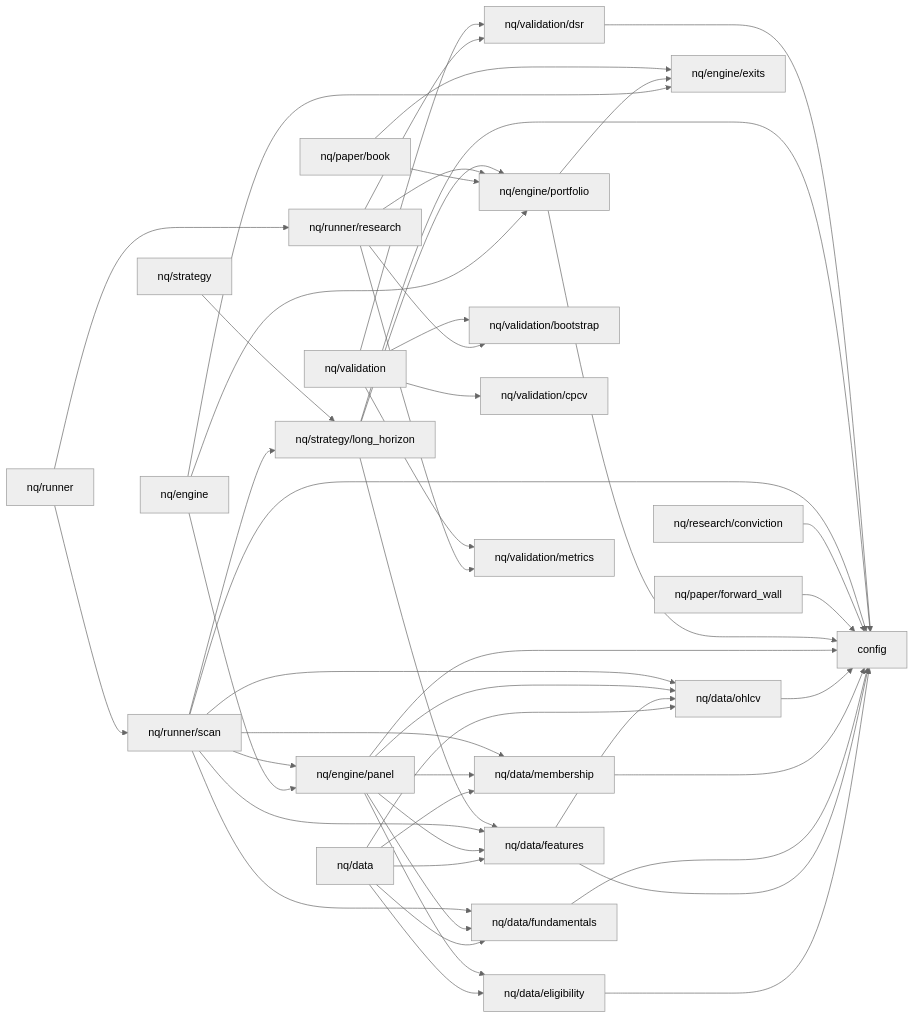
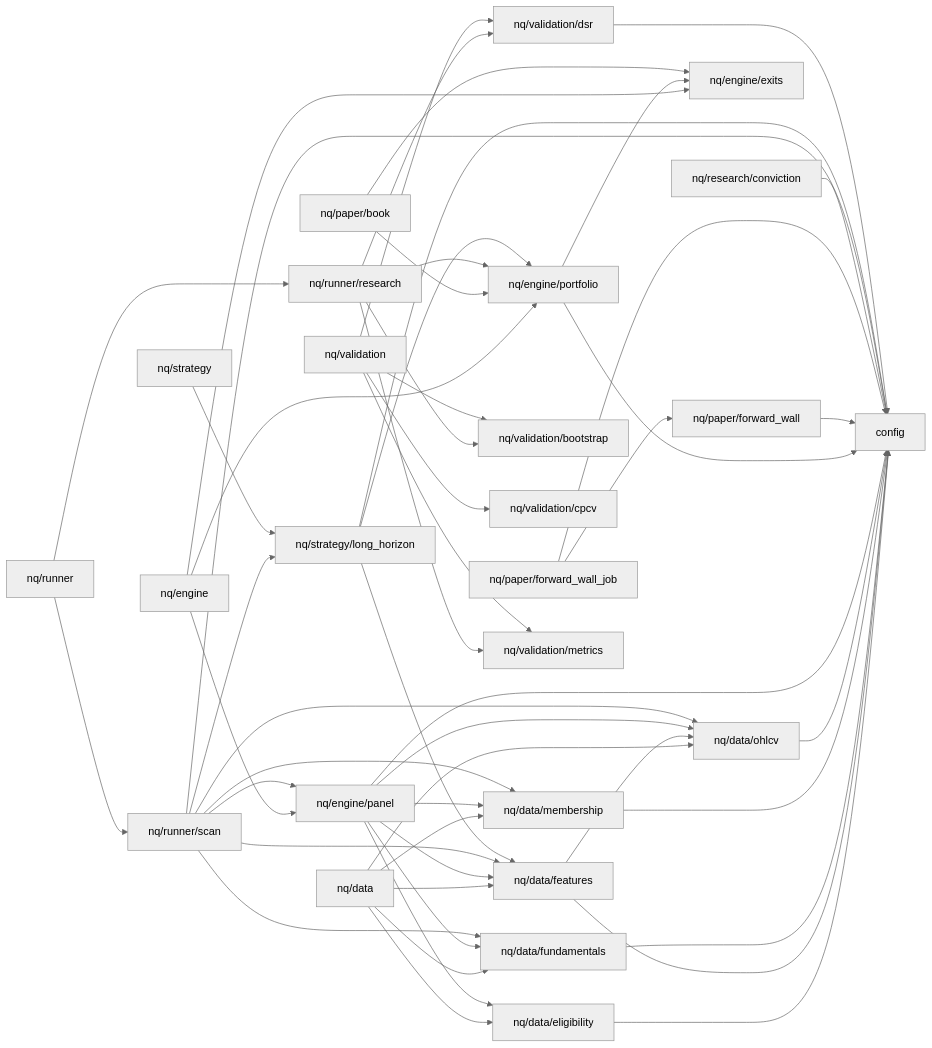
One commit to kreeshpatel/nifty-satvik changed the diagram in docs/DEPENDENCY_MAP.md. Above: the diagram before and after it, drawn with Mermaid (neutral theme). The commit also changed 5 other files, not shown here.

````diff
--- a/docs/DEPENDENCY_MAP.md
+++ b/docs/DEPENDENCY_MAP.md
@@ -9,75 +9,78 @@
 ```mermaid
 flowchart LR
     config["config"]
     nq_data["nq/data"]
     nq_data_eligibility["nq/data/eligibility"]
     nq_data_features["nq/data/features"]
     nq_data_fundamentals["nq/data/fundamentals"]
     nq_data_membership["nq/data/membership"]
     nq_data_ohlcv["nq/data/ohlcv"]
     nq_engine["nq/engine"]
     nq_engine_exits["nq/engine/exits"]
     nq_engine_panel["nq/engine/panel"]
     nq_engine_portfolio["nq/engine/portfolio"]
     nq_paper_book["nq/paper/book"]
     nq_paper_forward_wall["nq/paper/forward_wall"]
+    nq_paper_forward_wall_job["nq/paper/forward_wall_job"]
     nq_research_conviction["nq/research/conviction"]
     nq_runner["nq/runner"]
     nq_runner_research["nq/runner/research"]
     nq_runner_scan["nq/runner/scan"]
     nq_strategy["nq/strategy"]
     nq_strategy_long_horizon["nq/strategy/long_horizon"]
     nq_validation["nq/validation"]
     nq_validation_bootstrap["nq/validation/bootstrap"]
     nq_validation_cpcv["nq/validation/cpcv"]
     nq_validation_dsr["nq/validation/dsr"]
     nq_validation_metrics["nq/validation/metrics"]
     nq_data --> nq_data_eligibility
     nq_data --> nq_data_features
     nq_data --> nq_data_fundamentals
     nq_data --> nq_data_membership
     nq_data --> nq_data_ohlcv
     nq_data_eligibility --> config
     nq_data_features --> config
     nq_data_features --> nq_data_ohlcv
     nq_data_fundamentals --> config
     nq_data_membership --> config
     nq_data_ohlcv --> config
     nq_engine --> nq_engine_exits
     nq_engine --> nq_engine_panel
     nq_engine --> nq_engine_portfolio
     nq_engine_panel --> config
     nq_engine_panel --> nq_data_eligibility
     nq_engine_panel --> nq_data_features
     nq_engine_panel --> nq_data_fundamentals
     nq_engine_panel --> nq_data_membership
     nq_engine_panel --> nq_data_ohlcv
     nq_engine_portfolio --> config
     nq_engine_portfolio --> nq_engine_exits
     nq_paper_book --> nq_engine_exits
     nq_paper_book --> nq_engine_portfolio
     nq_paper_forward_wall --> config
+    nq_paper_forward_wall_job --> config
+    nq_paper_forward_wall_job --> nq_paper_forward_wall
     nq_research_conviction --> config
     nq_runner --> nq_runner_research
     nq_runner --> nq_runner_scan
     nq_runner_research --> nq_engine_portfolio
     nq_runner_research --> nq_validation_bootstrap
     nq_runner_research --> nq_validation_dsr
     nq_runner_research --> nq_validation_metrics
     nq_runner_scan --> config
     nq_runner_scan --> nq_data_features
     nq_runner_scan --> nq_data_fundamentals
     nq_runner_scan --> nq_data_membership
     nq_runner_scan --> nq_data_ohlcv
     nq_runner_scan --> nq_engine_panel
     nq_runner_scan --> nq_strategy_long_horizon
     nq_strategy --> nq_strategy_long_horizon
     nq_strategy_long_horizon --> config
     nq_strategy_long_horizon --> nq_data_features
     nq_strategy_long_horizon --> nq_engine_portfolio
     nq_validation --> nq_validation_bootstrap
     nq_validation --> nq_validation_cpcv
     nq_validation --> nq_validation_dsr
     nq_validation --> nq_validation_metrics
     nq_validation_dsr --> config
 ```
````
